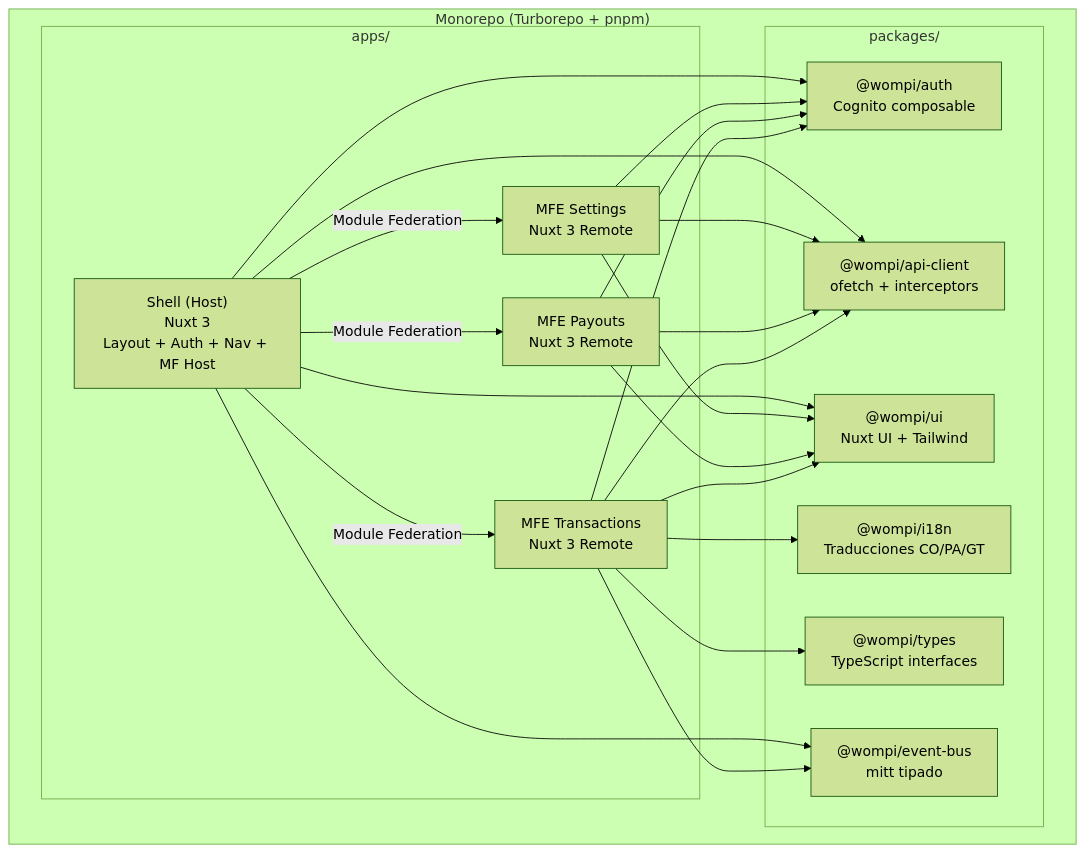
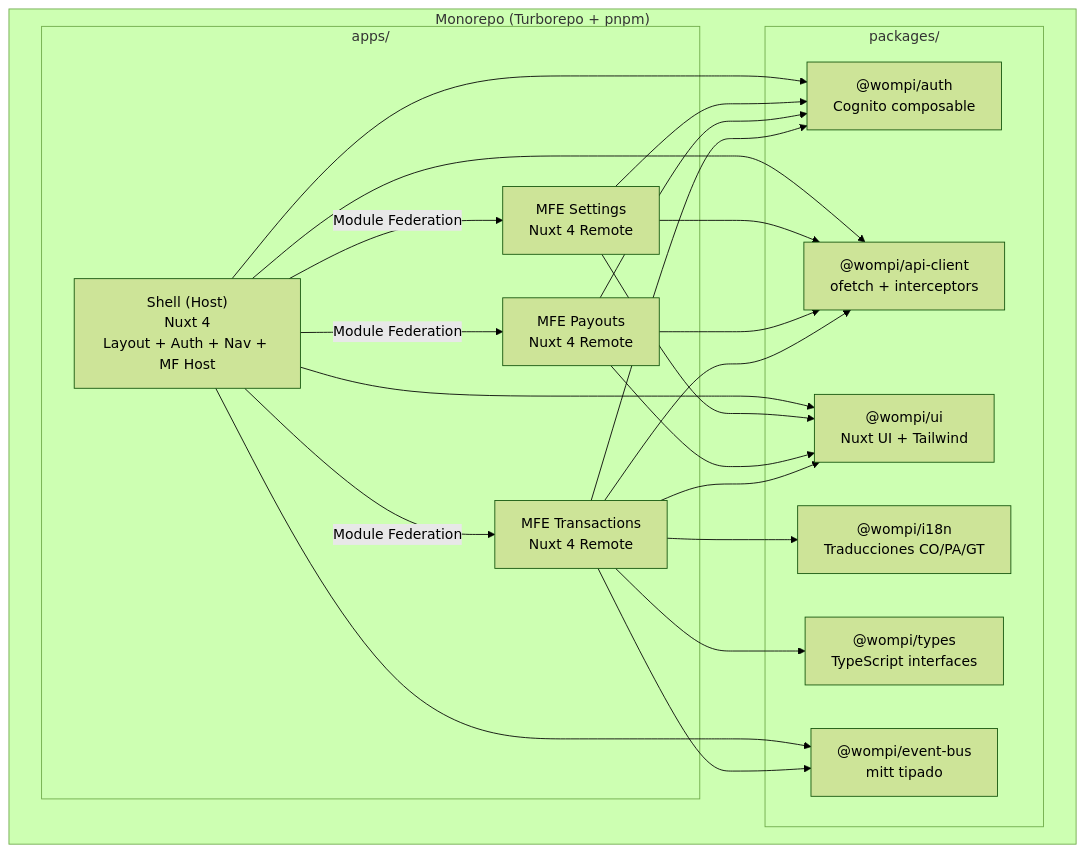
One commit to Hadech/merchants-dashboard-mfe changed the first of 2 diagrams in .kiro/specs/merchants-dashboard-mfe-migration/design.md. Above: the diagram before and after it, drawn with Mermaid (forest theme). The commit also changed other lines of this file and 6 other files, not shown here.

````diff
--- a/.kiro/specs/merchants-dashboard-mfe-migration/design.md
+++ b/.kiro/specs/merchants-dashboard-mfe-migration/design.md
@@ -28,43 +28,43 @@
 ```mermaid
 graph TB
     subgraph Monorepo["Monorepo (Turborepo + pnpm)"]
         subgraph Apps["apps/"]
-            Shell["Shell (Host)<br/>Nuxt 3<br/>Layout + Auth + Nav + MF Host"]
-            MFE_TX["MFE Transactions<br/>Nuxt 3 Remote"]
-            MFE_PO["MFE Payouts<br/>Nuxt 3 Remote"]
-            MFE_ST["MFE Settings<br/>Nuxt 3 Remote"]
+            Shell["Shell (Host)<br/>Nuxt 4<br/>Layout + Auth + Nav + MF Host"]
+            MFE_TX["MFE Transactions<br/>Nuxt 4 Remote"]
+            MFE_PO["MFE Payouts<br/>Nuxt 4 Remote"]
+            MFE_ST["MFE Settings<br/>Nuxt 4 Remote"]
         end
         subgraph Packages["packages/"]
             PKG_AUTH["@wompi/auth<br/>Cognito composable"]
             PKG_API["@wompi/api-client<br/>ofetch + interceptors"]
             PKG_UI["@wompi/ui<br/>Nuxt UI + Tailwind"]
             PKG_I18N["@wompi/i18n<br/>Traducciones CO/PA/GT"]
             PKG_TYPES["@wompi/types<br/>TypeScript interfaces"]
             PKG_EVENT["@wompi/event-bus<br/>mitt tipado"]
         end
     end
 
     Shell -->|Module Federation| MFE_TX
     Shell -->|Module Federation| MFE_PO
     Shell -->|Module Federation| MFE_ST
 
     MFE_TX --> PKG_AUTH
     MFE_TX --> PKG_API
     MFE_TX --> PKG_UI
     MFE_TX --> PKG_I18N
     MFE_TX --> PKG_TYPES
     MFE_TX --> PKG_EVENT
 
     MFE_PO --> PKG_AUTH
     MFE_PO --> PKG_API
     MFE_PO --> PKG_UI
 
     MFE_ST --> PKG_AUTH
     MFE_ST --> PKG_API
     MFE_ST --> PKG_UI
 
     Shell --> PKG_AUTH
     Shell --> PKG_API
     Shell --> PKG_UI
     Shell --> PKG_EVENT
 ```
````
